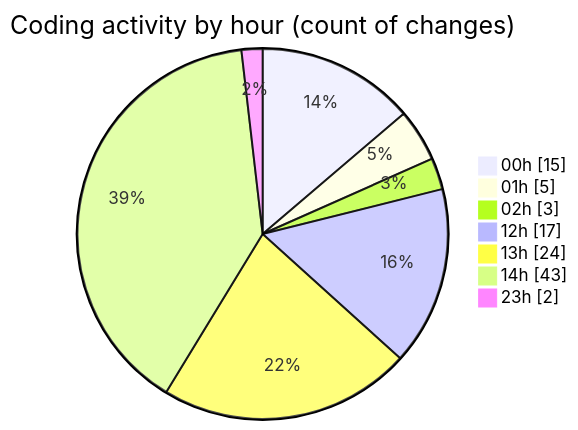
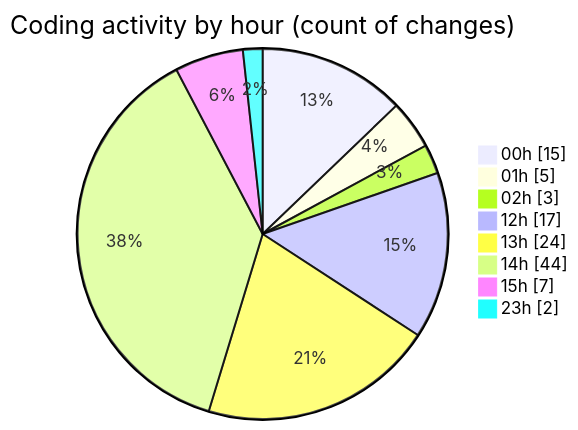
One commit to lephambinh05/code-tracking changed the second of 2 diagrams in 2025-08-13/rentotp/README.md. Above: the diagram before and after it, drawn with Mermaid. The commit also changed other lines of this file and 1 other file, not shown here.

````diff
--- a/2025-08-13/rentotp/README.md
+++ b/2025-08-13/rentotp/README.md
@@ -48,11 +50,12 @@
 ```mermaid
 pie showData
 title Coding activity by hour (count of changes)
 "00h" : 15
 "01h" : 5
 "02h" : 3
 "12h" : 17
 "13h" : 24
-"14h" : 43
+"14h" : 44
+"15h" : 7
 "23h" : 2
 ```
````
